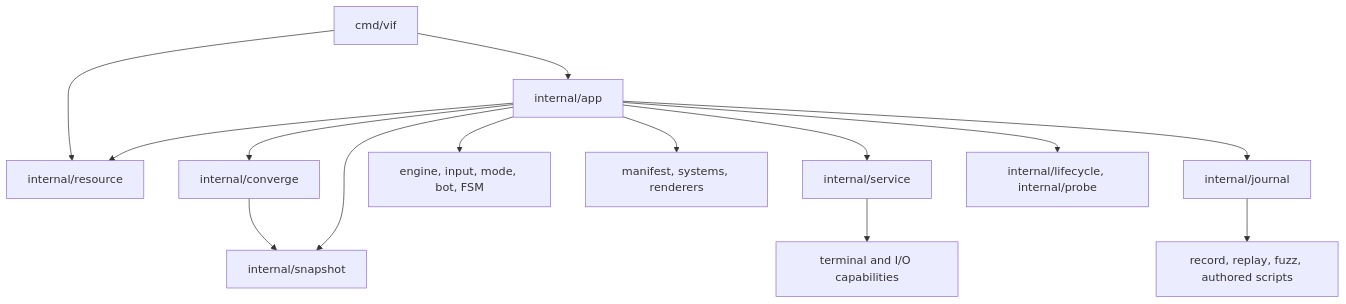
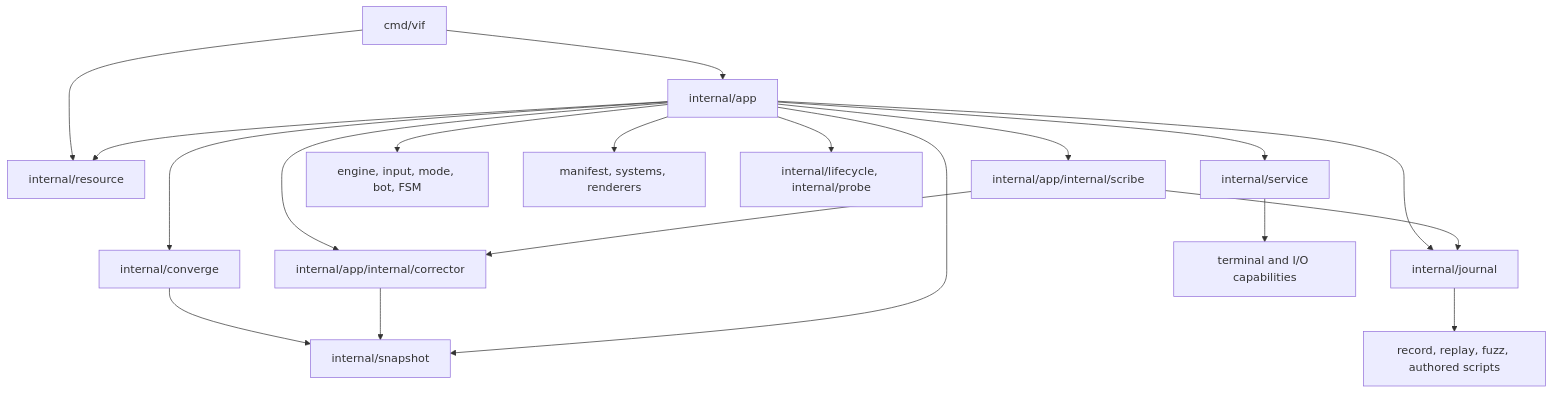
Before and after one commit to lixenwraith/vif: the first of 4 diagrams in doc/package-map.md, drawn with Mermaid. The commit also changed other lines of this file and 42 other files, not shown here.

First line of the commit message:
app: the corrector and the scribe move to packages under internal/app/internal (#1012)

````diff
--- a/doc/package-map.md
+++ b/doc/package-map.md
@@ -9,16 +9,21 @@
 ```mermaid
 flowchart TD
     Vif["cmd/vif"] --> App["internal/app"]
     Vif --> Resource["internal/resource"]
     App --> Resource
     App --> Converge["internal/converge"]
+    App --> Corrector["internal/app/internal/corrector"]
+    App --> Scribe["internal/app/internal/scribe"]
+    Scribe --> Corrector
     Converge --> Snapshot["internal/snapshot"]
+    Corrector --> Snapshot
     App --> Snapshot
     App --> Services["internal/service"]
     App --> Runtime["engine, input, mode, bot, FSM"]
     App --> Assembly["manifest, systems, renderers"]
     App --> Journal["internal/journal"]
+    Scribe --> Journal
     App --> Supervised["internal/lifecycle, internal/probe"]
     Journal --> Streams["record, replay, fuzz, authored scripts"]
     Services --> External["terminal and I/O capabilities"]
 ```
````
